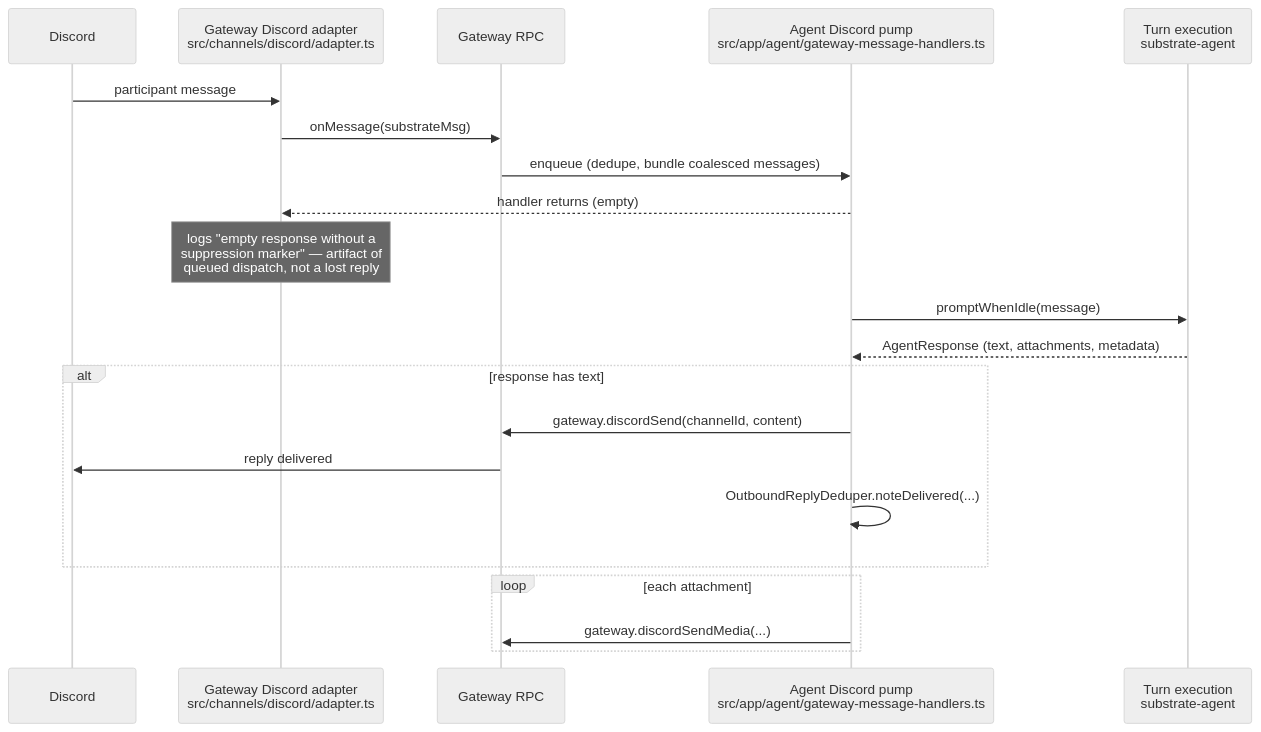
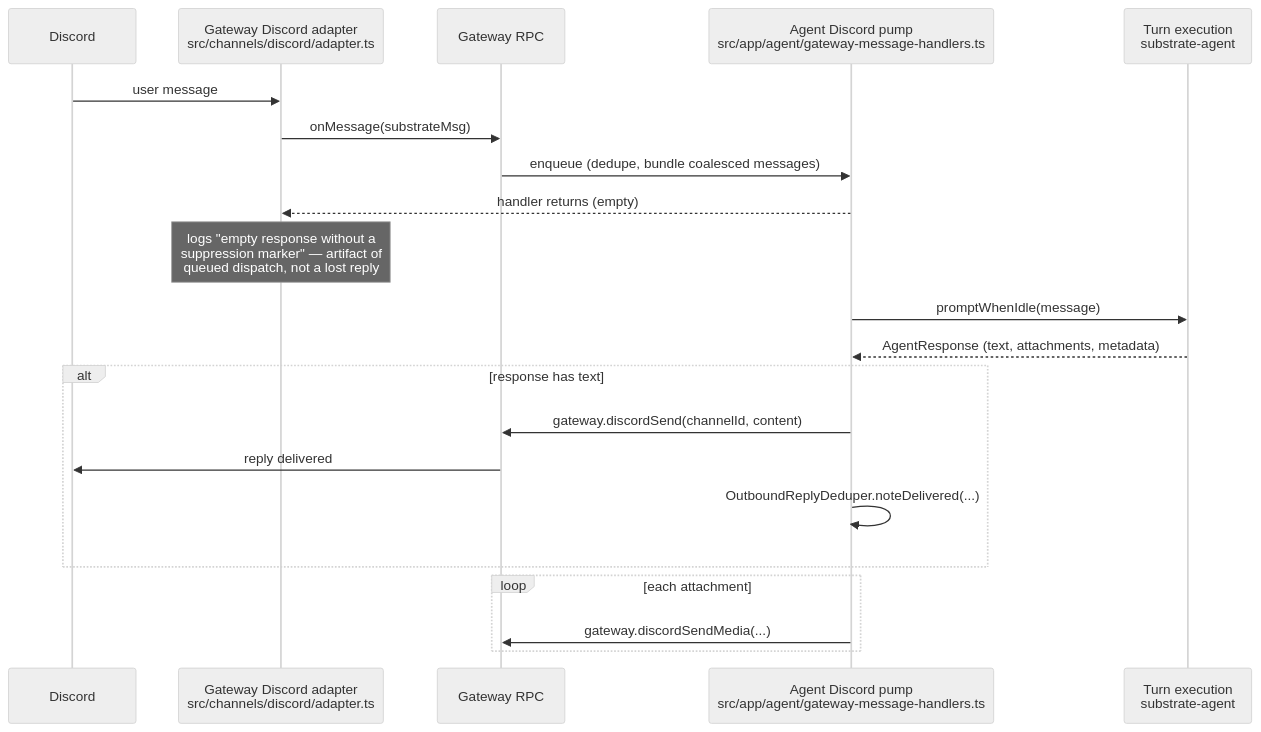
One commit to CGIC-AI/psfn-framework changed the first of 4 diagrams in docs/chat-turn-lifecycle.md. Above: the diagram before and after it, drawn with Mermaid (neutral theme). The commit also changed other lines of this file and 67 other files, not shown here.

````diff
--- a/docs/chat-turn-lifecycle.md
+++ b/docs/chat-turn-lifecycle.md
@@ -21,24 +21,24 @@
 ```mermaid
 sequenceDiagram
     participant D as Discord
     participant GA as Gateway Discord adapter<br/>src/channels/discord/adapter.ts
     participant RPC as Gateway RPC
     participant P as Agent Discord pump<br/>src/app/agent/gateway-message-handlers.ts
     participant T as Turn execution<br/>substrate-agent
 
-    D->>GA: participant message
+    D->>GA: user message
     GA->>RPC: onMessage(substrateMsg)
     RPC->>P: enqueue (dedupe, bundle coalesced messages)
     P-->>GA: handler returns (empty)
     Note over GA: logs "empty response without a<br/>suppression marker" — artifact of<br/>queued dispatch, not a lost reply
     P->>T: promptWhenIdle(message)
     T-->>P: AgentResponse (text, attachments, metadata)
     alt response has text
         P->>RPC: gateway.discordSend(channelId, content)
         RPC->>D: reply delivered
         P->>P: OutboundReplyDeduper.noteDelivered(...)
     end
     loop each attachment
         P->>RPC: gateway.discordSendMedia(...)
     end
 ```
````
